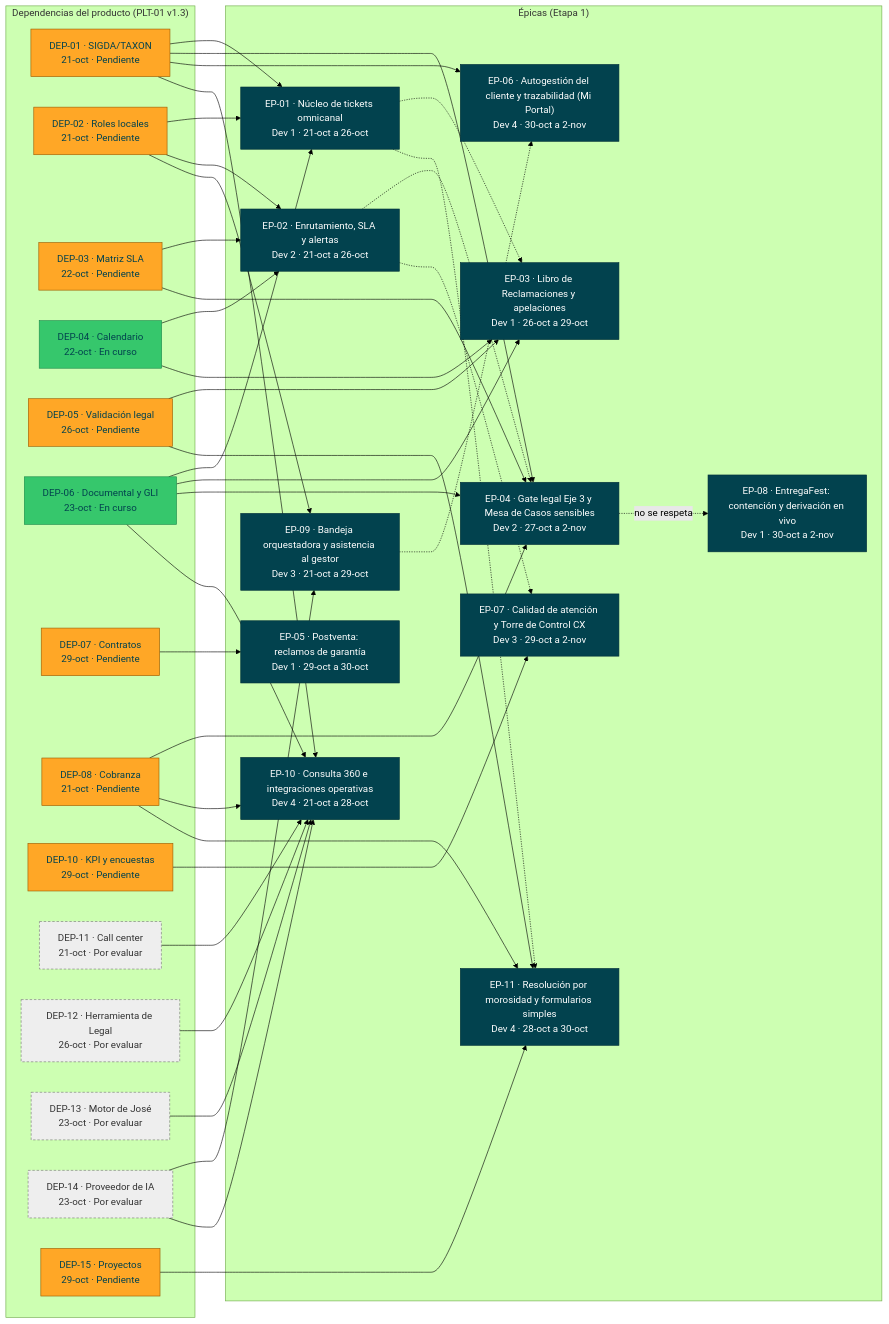
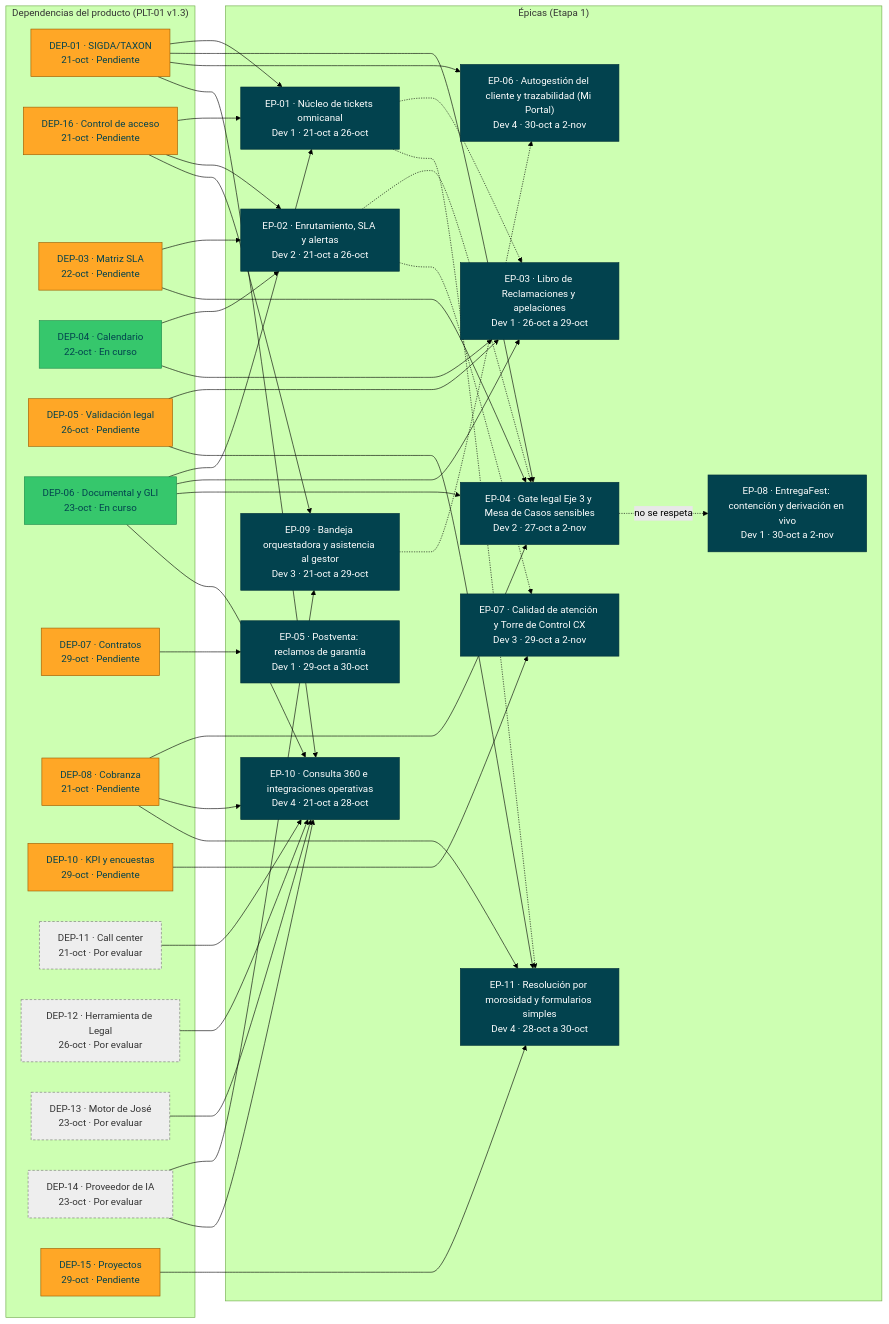
Before and after one commit to michel-poma-huachihuaco/tyc-mockup: the diagram in propuesta-po/documentacion/paquete-definir-etapa1-v1.3/roadmap/RMP-001-roadmap-aybar-atiende.md, drawn with Mermaid (forest theme). The commit also changed other lines of this file and 15 other files, not shown here.

First line of the commit message:
docs(propuesta-po): sync Jesus's latest Nexora versions (catalog, API, data, roadmap)

```diff
--- a/propuesta-po/documentacion/paquete-definir-etapa1-v1.3/roadmap/RMP-001-roadmap-aybar-atiende.md
+++ b/propuesta-po/documentacion/paquete-definir-etapa1-v1.3/roadmap/RMP-001-roadmap-aybar-atiende.md
@@ -138,7 +139,7 @@
 flowchart LR
   subgraph Deps["Dependencias del producto (PLT-01 v1.3)"]
     DEP01["DEP-01 · SIGDA/TAXON<br/>21-oct · Pendiente"]
-    DEP02["DEP-02 · Roles locales<br/>21-oct · Pendiente"]
+    DEP16["DEP-16 · Control de acceso<br/>21-oct · Pendiente"]
     DEP03["DEP-03 · Matriz SLA<br/>22-oct · Pendiente"]
     DEP04["DEP-04 · Calendario<br/>22-oct · En curso"]
     DEP05["DEP-05 · Validación legal<br/>26-oct · Pendiente"]
@@ -169,9 +170,9 @@
   DEP01 --> EPATC04
   DEP01 --> EPATC06
   DEP01 --> EPATC10
-  DEP02 --> EPATC01
-  DEP02 --> EPATC02
-  DEP02 --> EPATC09
+  DEP16 --> EPATC01
+  DEP16 --> EPATC02
+  DEP16 --> EPATC09
   DEP03 --> EPATC02
   DEP03 --> EPATC04
   DEP04 --> EPATC02
@@ -204,7 +205,7 @@
   classDef eval fill:#EEEEEE,stroke:#777,color:#333,stroke-dasharray:4 3
   classDef ep fill:#02424E,stroke:#012F38,color:#FFFFFF
   class DEP01 pend
-  class DEP02 pend
+  class DEP16 pend
   class DEP03 pend
   class DEP04 curso
   class DEP05 pend
```
